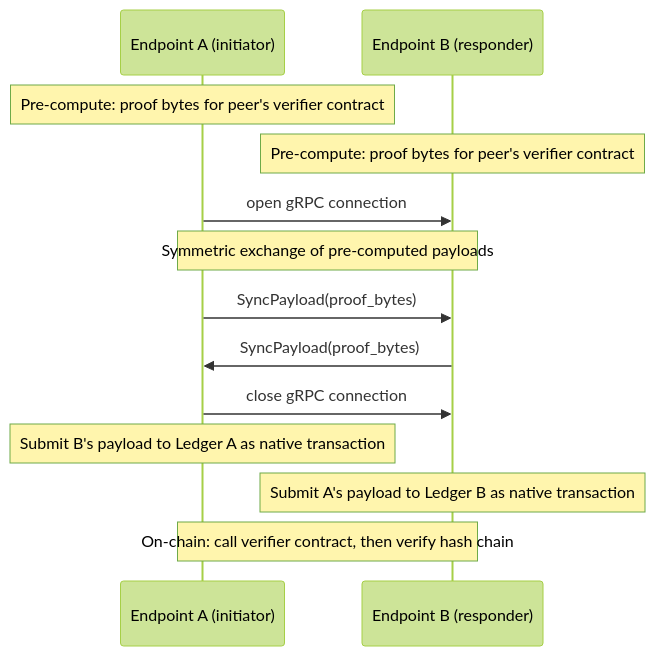
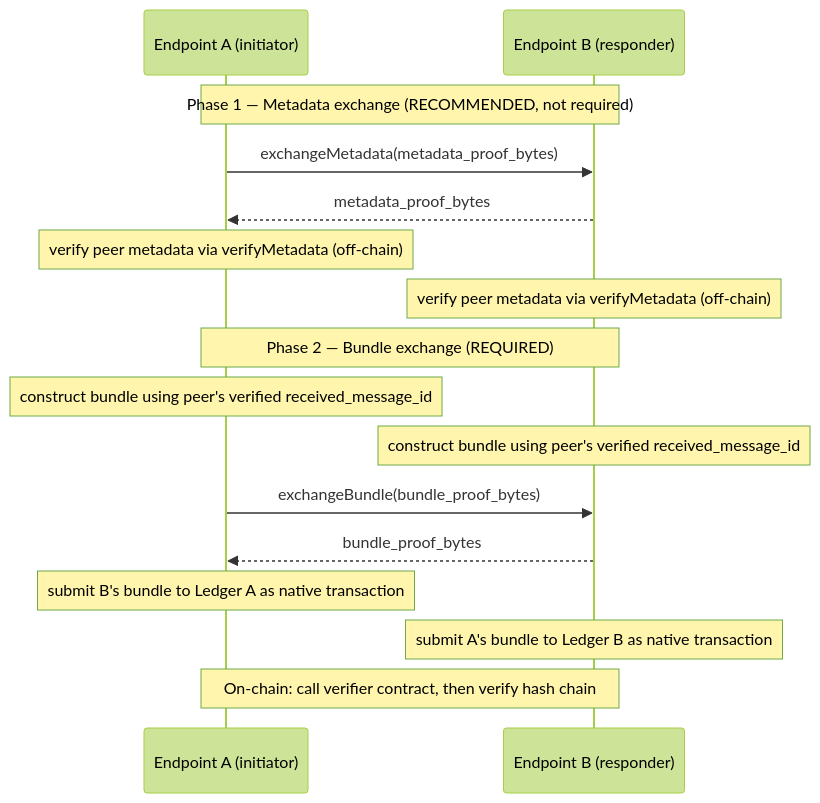
Before and after one commit to hiero-ledger/hiero-consensus-node: the second of 5 diagrams in hedera-node/docs/design/services/clpr-service/clpr-service.md, drawn with Mermaid (forest theme). The commit also changed other lines of this file and 5 other files, not shown here.

````diff
--- a/hedera-node/docs/design/services/clpr-service/clpr-service.md
+++ b/hedera-node/docs/design/services/clpr-service/clpr-service.md
@@ -536,21 +612,22 @@
 ```mermaid
 sequenceDiagram
     participant EA as Endpoint A (initiator)
     participant EB as Endpoint B (responder)
 
-    Note over EA: Pre-compute: proof bytes for peer's verifier contract
-    Note over EB: Pre-compute: proof bytes for peer's verifier contract
+    Note over EA,EB: Phase 1 — Metadata exchange (RECOMMENDED, not required)
+    EA->>EB: exchangeMetadata(metadata_proof_bytes)
+    EB-->>EA: metadata_proof_bytes
+    Note over EA: verify peer metadata via verifyMetadata (off-chain)
+    Note over EB: verify peer metadata via verifyMetadata (off-chain)
 
-    EA->>EB: open gRPC connection
+    Note over EA,EB: Phase 2 — Bundle exchange (REQUIRED)
+    Note over EA: construct bundle using peer's verified received_message_id
+    Note over EB: construct bundle using peer's verified received_message_id
+    EA->>EB: exchangeBundle(bundle_proof_bytes)
+    EB-->>EA: bundle_proof_bytes
 
-    Note over EA,EB: Symmetric exchange of pre-computed payloads
-    EA->>EB: SyncPayload(proof_bytes)
-    EB->>EA: SyncPayload(proof_bytes)
-
-    EA->>EB: close gRPC connection
-
-    Note over EA: Submit B's payload to Ledger A as native transaction
-    Note over EB: Submit A's payload to Ledger B as native transaction
+    Note over EA: submit B's bundle to Ledger A as native transaction
+    Note over EB: submit A's bundle to Ledger B as native transaction
 
     Note over EA,EB: On-chain: call verifier contract, then verify hash chain
 ```
````
